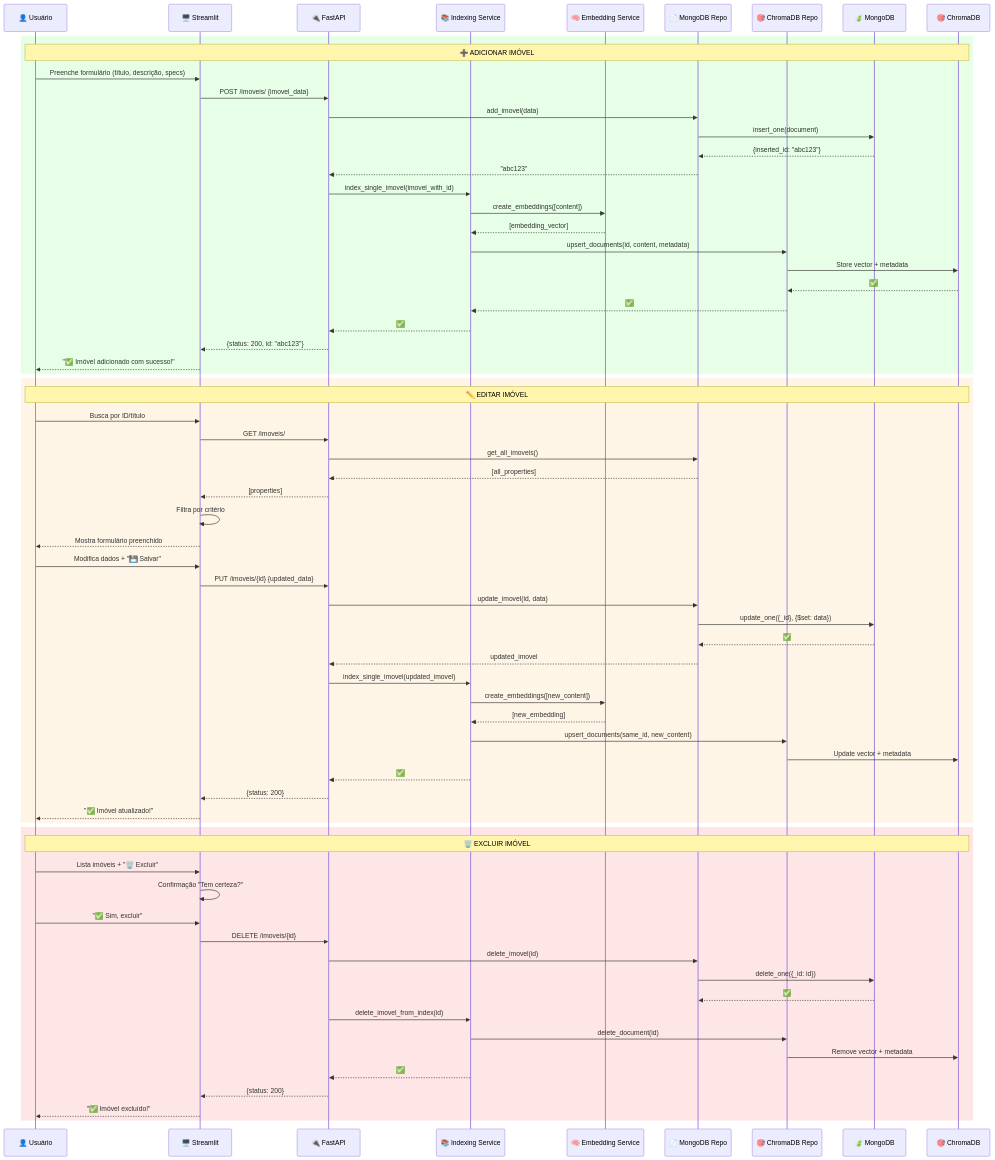
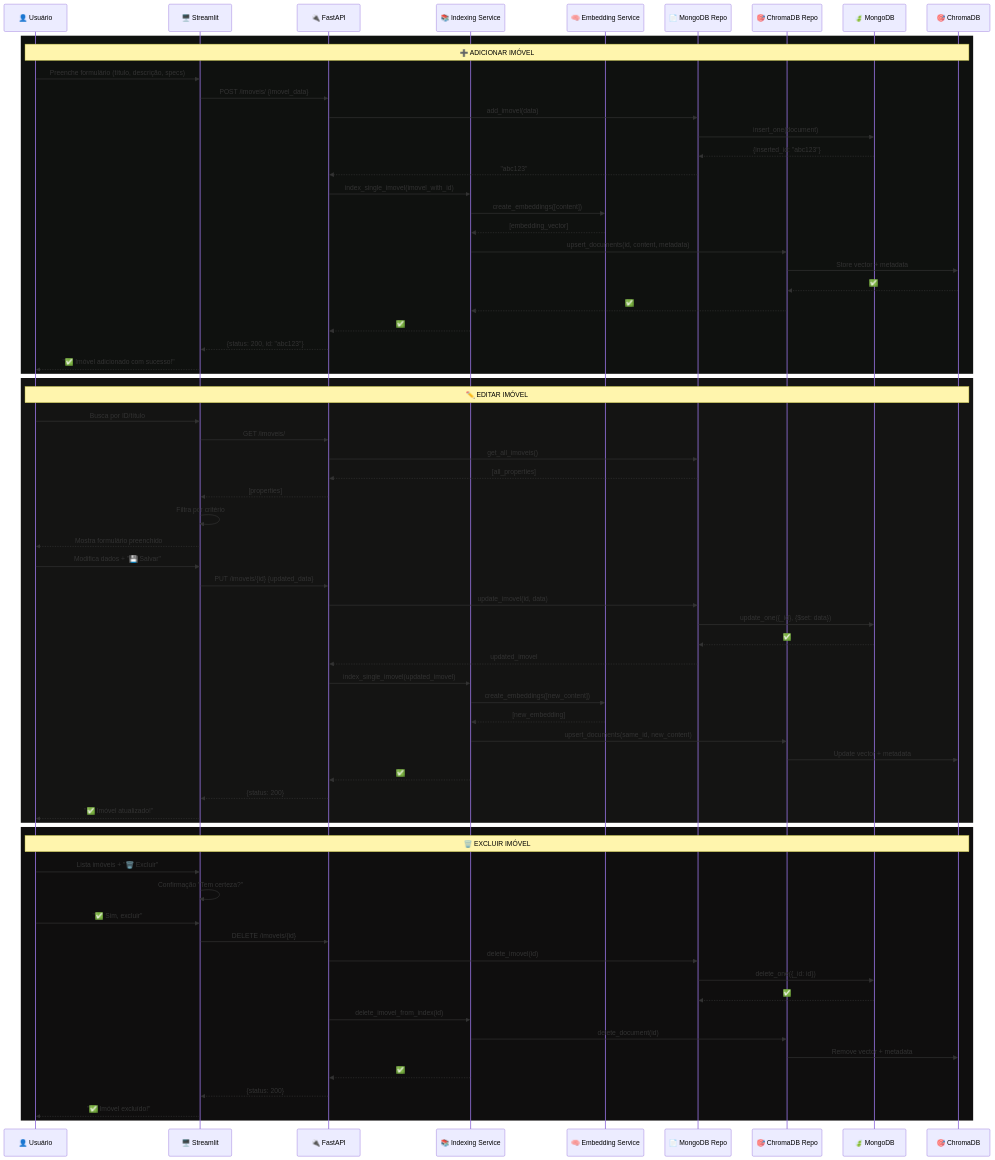
One commit to SPD-BES-2025-3/grupo1 changed the third of 3 diagrams in Diagramas/arquitetura_completa.md. Above: the diagram before and after it, drawn with Mermaid. The commit also changed 5 other files, not shown here.

```diff
--- a/Diagramas/arquitetura_completa.md
+++ b/Diagramas/arquitetura_completa.md
@@ -147,8 +147,8 @@
     participant M as 🍃 MongoDB
     participant C as 🎯 ChromaDB
     
-    %% Adicionar Imóvel
-    rect rgb(230, 255, 230)
+    % Adicionar Imóvel
+    rect rgba(15, 17, 15, 1)
         note over U,C: ➕ ADICIONAR IMÓVEL
         U->>ST: Preenche formulário (título, descrição, specs)
         ST->>API: POST /imoveis/ {imovel_data}
@@ -171,7 +171,7 @@
     end
     
     %% Editar Imóvel
-    rect rgb(255, 245, 230)
+    rect rgba(20, 20, 19, 1)
         note over U,C: ✏️ EDITAR IMÓVEL
         U->>ST: Busca por ID/título
         ST->>API: GET /imoveis/
@@ -200,7 +200,7 @@
     end
     
     %% Excluir Imóvel
-    rect rgb(255, 230, 230)
+    rect rgba(15, 14, 14, 1)
         note over U,C: 🗑️ EXCLUIR IMÓVEL
         U->>ST: Lista imóveis + "🗑️ Excluir"
         ST->>ST: Confirmação "Tem certeza?"
```
